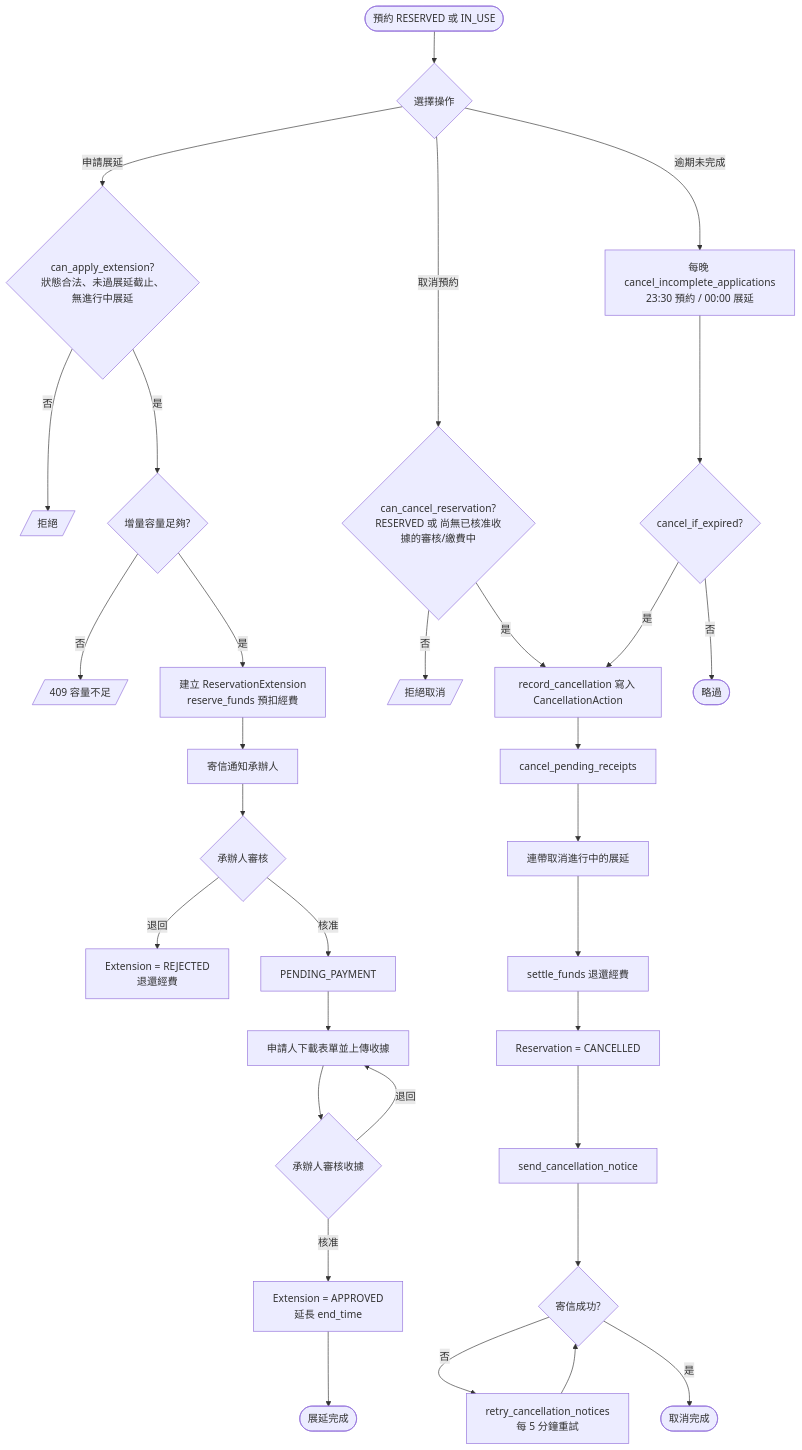
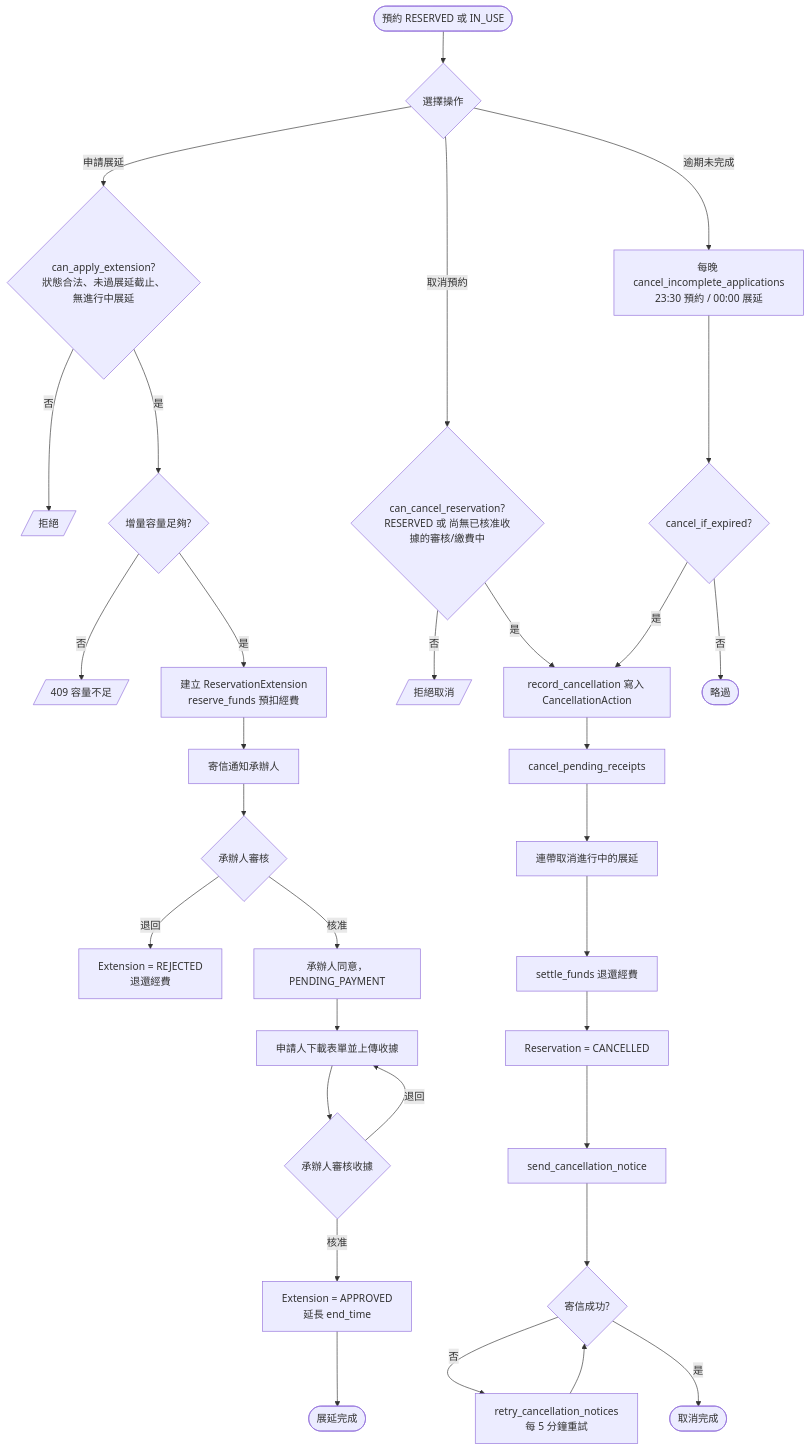
Before and after one commit to whenwewerekids/115-b-system-team: the eighth of 8 diagrams in 小組作業4.md, drawn with Mermaid. The commit also changed other lines of this file, not shown here.

````diff
--- a/小組作業4.md
+++ b/小組作業4.md
@@ -836,37 +812,37 @@
 ```mermaid
 flowchart TD
     Start([預約 RESERVED 或 IN_USE]) --> X1{選擇操作}
 
     X1 -- 申請展延 --> E1{can_apply_extension?<br/>狀態合法、未過展延截止、無進行中展延}
     E1 -- 否 --> E1x[/拒絕/]
     E1 -- 是 --> E2{增量容量足夠?}
     E2 -- 否 --> E2x[/409 容量不足/]
     E2 -- 是 --> E3[建立 ReservationExtension<br/>reserve_funds 預扣經費]
     E3 --> E4[寄信通知承辦人]
     E4 --> E5{承辦人審核}
     E5 -- 退回 --> E6[Extension = REJECTED<br/>退還經費]
-    E5 -- 核准 --> E7[PENDING_PAYMENT]
+    E5 -- 核准 --> E7[承辦人同意，PENDING_PAYMENT]
     E7 --> E8[申請人下載表單並上傳收據]
     E8 --> E9{承辦人審核收據}
     E9 -- 退回 --> E8
     E9 -- 核准 --> E10[Extension = APPROVED<br/>延長 end_time]
     E10 --> Done1([展延完成])
 
     X1 -- 取消預約 --> C1{can_cancel_reservation?<br/>RESERVED 或 尚無已核准收據的審核/繳費中}
     C1 -- 否 --> C1x[/拒絕取消/]
     C1 -- 是 --> C2[record_cancellation 寫入 CancellationAction]
     C2 --> C3[cancel_pending_receipts]
     C3 --> C4[連帶取消進行中的展延]
     C4 --> C5[settle_funds 退還經費]
     C5 --> C6[Reservation = CANCELLED]
     C6 --> C7[send_cancellation_notice]
     C7 --> C8{寄信成功?}
     C8 -- 否 --> C9[retry_cancellation_notices<br/>每 5 分鐘重試]
     C9 --> C8
     C8 -- 是 --> Done2([取消完成])
 
     X1 -- 逾期未完成 --> T1[每晚 cancel_incomplete_applications<br/>23:30 預約 / 00:00 展延]
     T1 --> T2{cancel_if_expired?}
     T2 -- 是 --> C2
     T2 -- 否 --> Skip([略過])
 ```
````
